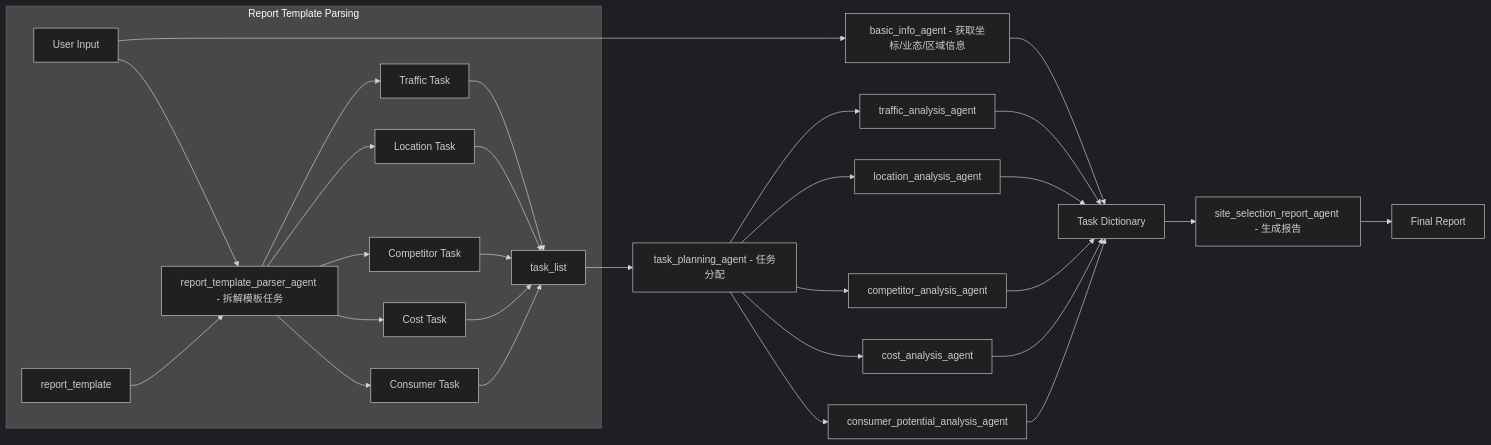
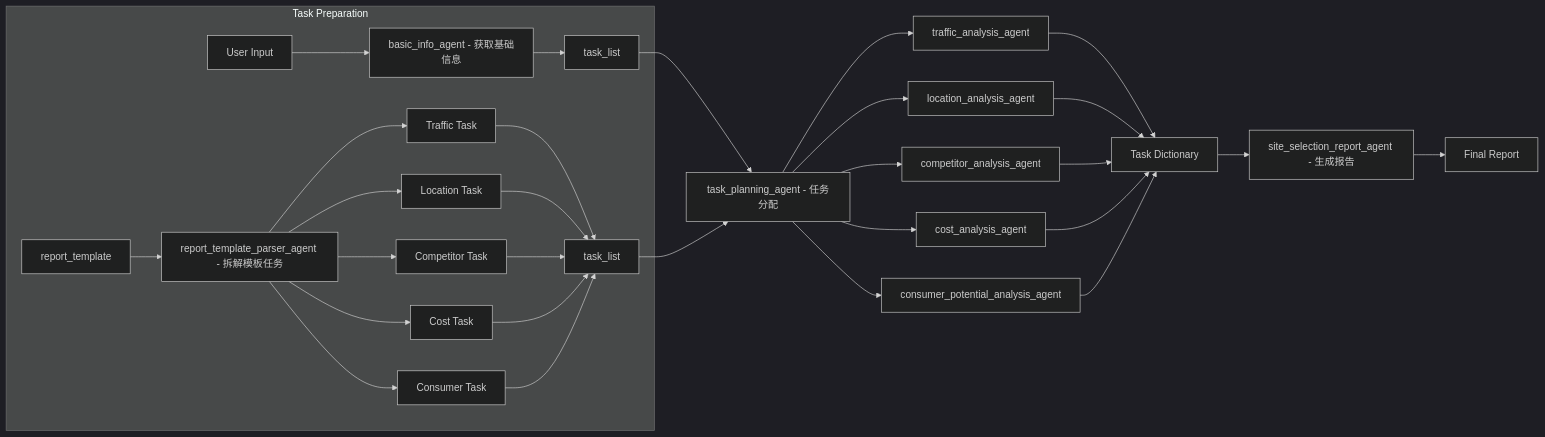
The diagram in README.md (SLYASINLK/auto_report_generation), drawn with Mermaid (dark theme) before and after one commit. The commit also changed other lines of this file, not shown here.

````diff
--- a/README.md
+++ b/README.md
@@ -12,37 +12,38 @@
 ```mermaid
 graph LR
-    A[User Input] --> B[basic_info_agent - 获取坐标/业态/区域信息]
-    B --> C[Task Dictionary]
 
-    subgraph Report Template Parsing
+    subgraph Task Preparation
+        A[User Input] --> B[basic_info_agent - 获取基础信息]
+        B --> C1[task_list]
+
         D1[report_template] --> D2[report_template_parser_agent - 拆解模板任务]
-        A --> D2
         D2 --> E1[Traffic Task]
         D2 --> E2[Location Task]
         D2 --> E3[Competitor Task]
         D2 --> E4[Cost Task]
         D2 --> E5[Consumer Task]
-        E1 --> E6[task_list]
-        E2 --> E6
-        E3 --> E6
-        E4 --> E6
-        E5 --> E6
+        E1 --> C2[task_list]
+        E2 --> C2
+        E3 --> C2
+        E4 --> C2
+        E5 --> C2
     end
 
-    E6 --> F[task_planning_agent - 任务分配]
+    C1 --> F[task_planning_agent - 任务分配]
+    C2 --> F
 
     F --> G1[traffic_analysis_agent]
     F --> G2[location_analysis_agent]
     F --> G3[competitor_analysis_agent]
     F --> G4[cost_analysis_agent]
     F --> G5[consumer_potential_analysis_agent]
 
-    G1 --> C
-    G2 --> C
-    G3 --> C
-    G4 --> C
-    G5 --> C
+    G1 --> T[Task Dictionary]
+    G2 --> T
+    G3 --> T
+    G4 --> T
+    G5 --> T
 
-    C --> H[site_selection_report_agent - 生成报告]
+    T --> H[site_selection_report_agent - 生成报告]
     H --> I[Final Report]
 ```
````
